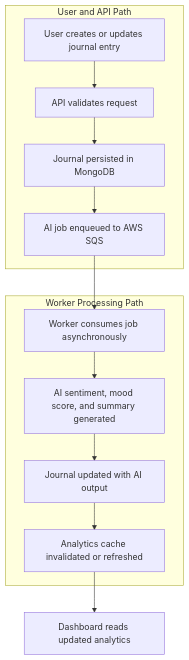
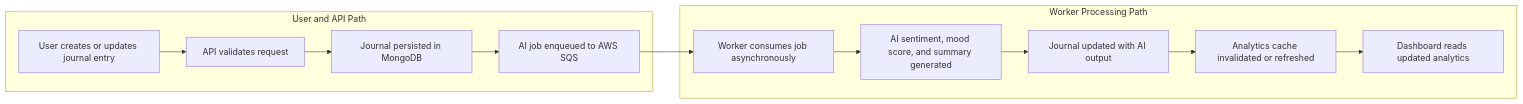
Before and after one commit to Lipika-M/AI_JOURNAL: the fourth of 4 diagrams in README.md, drawn with Mermaid. The commit also changed other lines of this file, not shown here.

Commit message:
docs: rebrand project to Solace and enhance README architecture documentation [skip ci]

````diff
--- a/README.md
+++ b/README.md
@@ -232,17 +207,12 @@
 ```mermaid
-flowchart TD
+flowchart LR
         subgraph WritePath[User and API Path]
-                A[User creates or updates journal entry] --> B[API validates request]
-                B --> C[Journal persisted in MongoDB]
-                C --> D[AI job enqueued to AWS SQS]
+                A[User creates or updates journal entry] --> B[API validates request] --> C[Journal persisted in MongoDB] --> D[AI job enqueued to AWS SQS]
         end
 
         subgraph AsyncPath[Worker Processing Path]
-                E[Worker consumes job asynchronously] --> F[AI sentiment, mood score, and summary generated]
-                F --> G[Journal updated with AI output]
-                G --> H[Analytics cache invalidated or refreshed]
+                E[Worker consumes job asynchronously] --> F[AI sentiment, mood score, and summary generated] --> G[Journal updated with AI output] --> H[Analytics cache invalidated or refreshed] --> I[Dashboard reads updated analytics]
         end
 
         D --> E
-        H --> I[Dashboard reads updated analytics]
 ```
````
